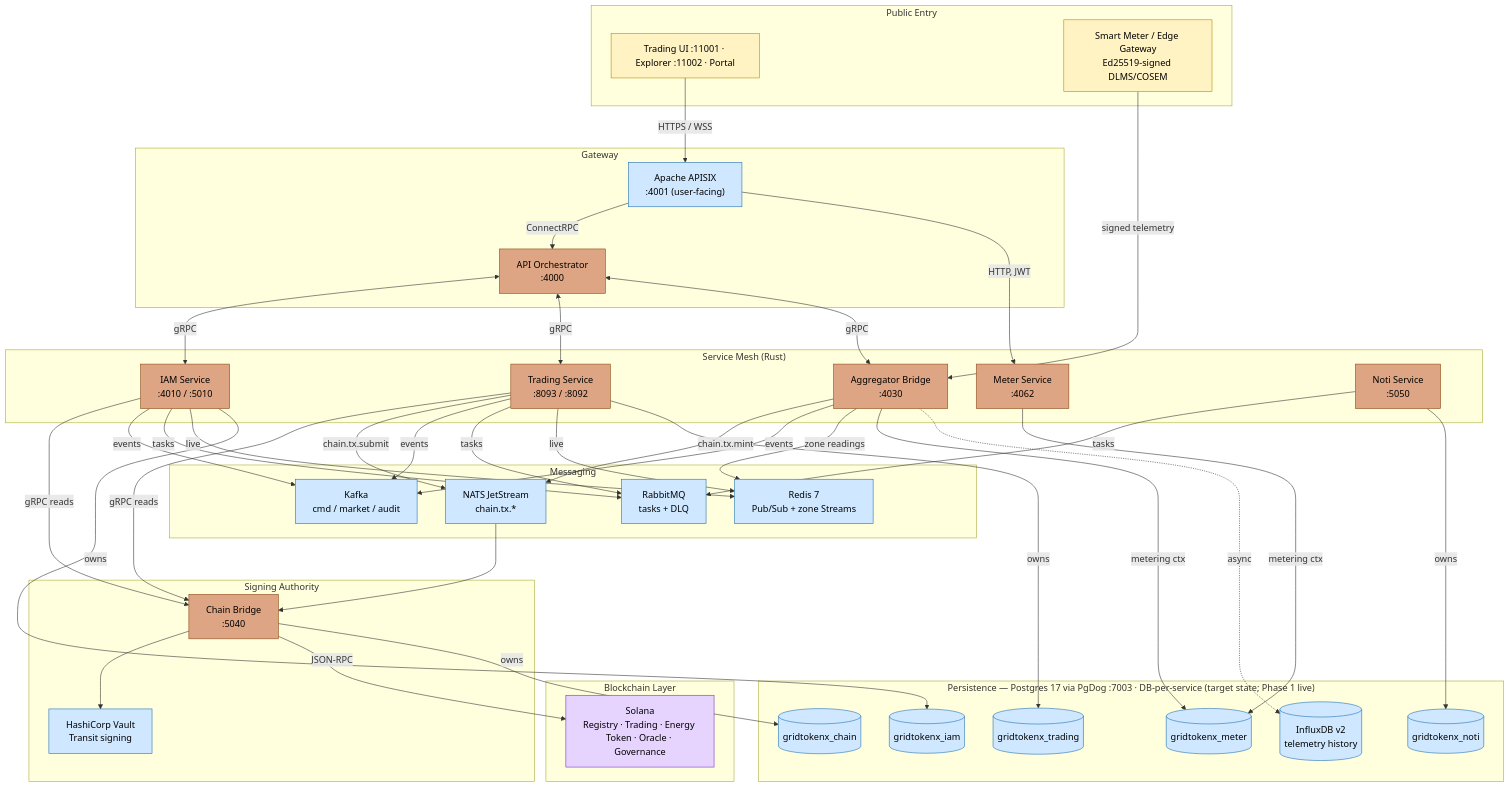
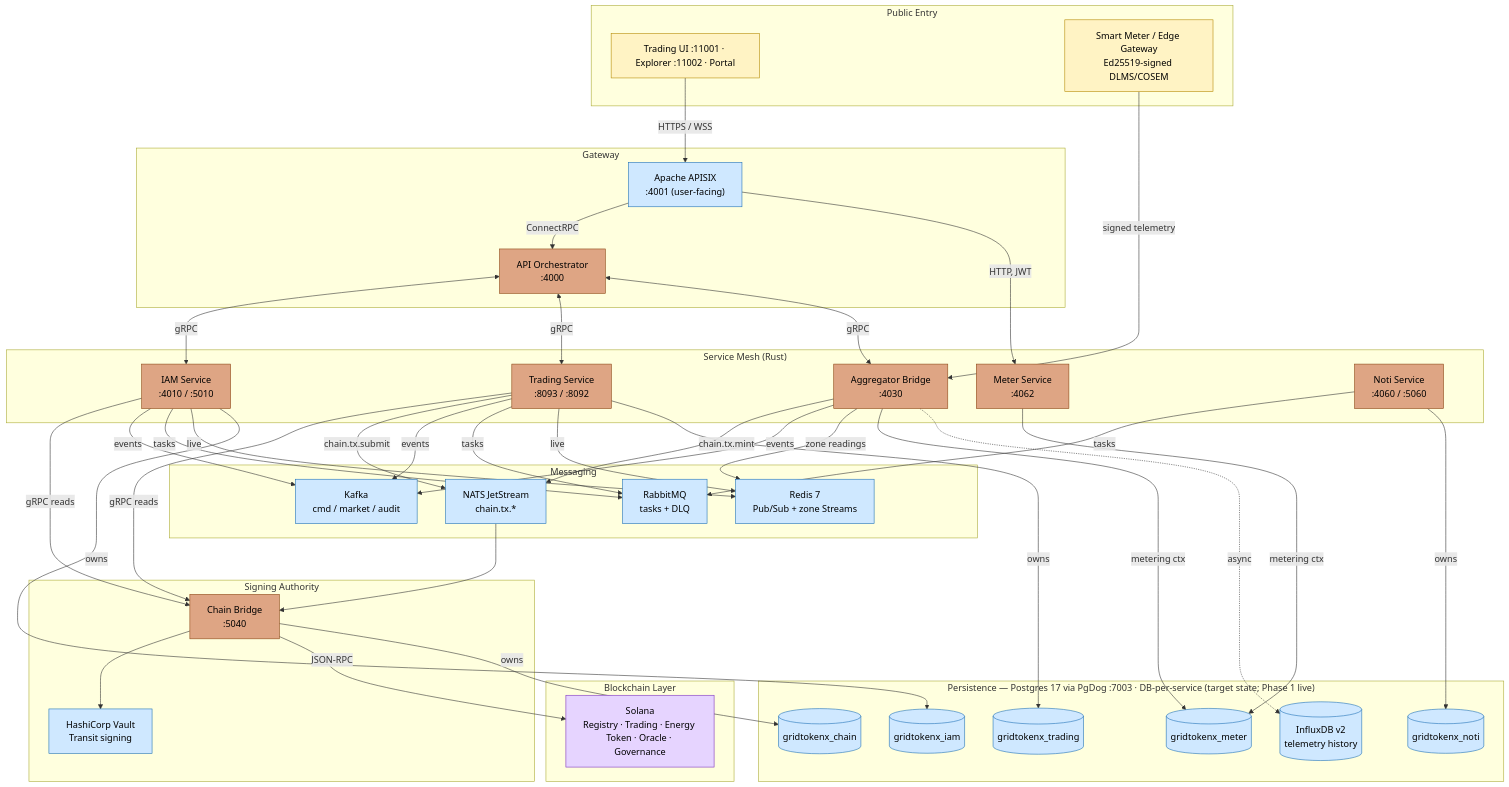
The first of 2 diagrams in README.md (NakaSato/gridtokenx-coresystem), drawn with Mermaid before and after one commit. The commit also changed other lines of this file and 7 other files, not shown here.

```diff
--- a/README.md
+++ b/README.md
@@ -119,7 +119,7 @@
         Trading["Trading Service<br/>:8093 / :8092"]
         OracleB["Aggregator Bridge<br/>:4030"]
         Meter["Meter Service<br/>:4062"]
-        Noti["Noti Service<br/>:5050"]
+        Noti["Noti Service<br/>:4060 / :5060"]
     end
 
     subgraph signing["Signing Authority"]
```
